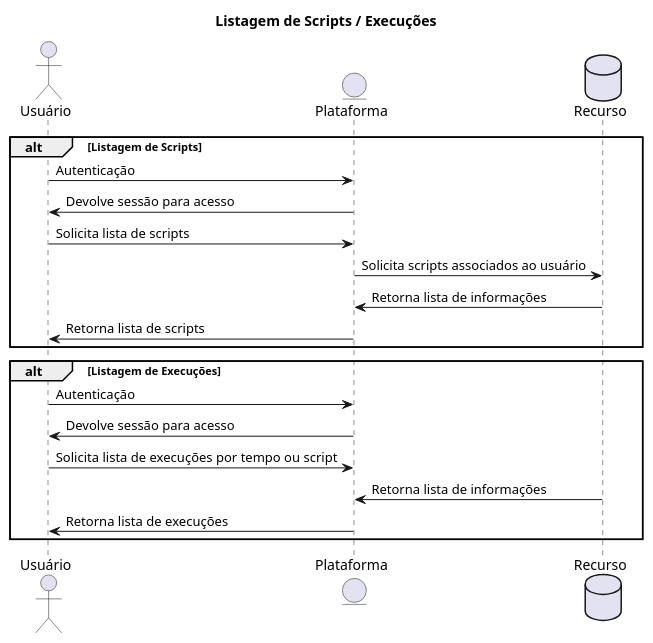
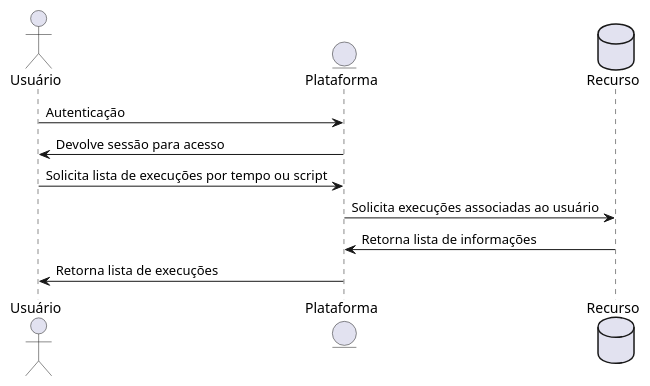
Before and after one commit to constantlearning/rse-service: the fourth of 6 diagrams in src/main/resources/diagrams/crud-flow.puml, drawn with PlantUML. The commit also changed other lines of this file, not shown here.

Commit message:
Segmentation of crud flow.

```diff
--- a/src/main/resources/diagrams/crud-flow.puml
+++ b/src/main/resources/diagrams/crud-flow.puml
@@ -27,31 +51,18 @@
 @startuml
 
-    title Listagem de Scripts / Execuções
+'    title Listagem de Execuções
 
-    actor Usuário
-    entity Plataforma
-    database Recurso
+     actor Usuário
+     entity Plataforma
+     database Recurso
 
+     Usuário -> Plataforma: Autenticação
+     Plataforma -> Usuário: Devolve sessão para acesso
 
-    alt Listagem de Scripts
-        Usuário -> Plataforma: Autenticação
-        Plataforma -> Usuário: Devolve sessão para acesso
+     Usuário -> Plataforma: Solicita lista de execuções por tempo ou script
+     Plataforma -> Recurso: Solicita execuções associadas ao usuário
+     Recurso -> Plataforma: Retorna lista de informações
 
-        Usuário -> Plataforma: Solicita lista de scripts
-        Plataforma -> Recurso: Solicita scripts associados ao usuário
-        Recurso -> Plataforma: Retorna lista de informações
-
-        Plataforma -> Usuário: Retorna lista de scripts
-    end
-
-    alt Listagem de Execuções
-        Usuário -> Plataforma: Autenticação
-        Plataforma -> Usuário: Devolve sessão para acesso
-
-        Usuário -> Plataforma: Solicita lista de execuções por tempo ou script
-        Recurso -> Plataforma: Retorna lista de informações
-
-        Plataforma -> Usuário: Retorna lista de execuções
-    end
+     Plataforma -> Usuário: Retorna lista de execuções
 
 @enduml
```
